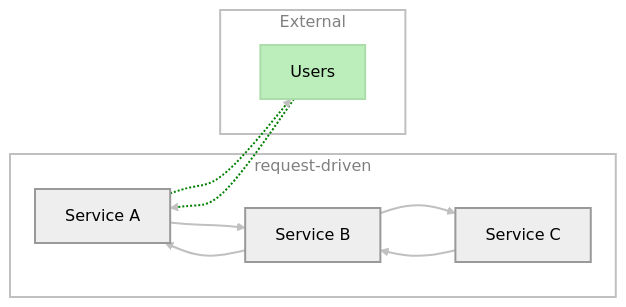
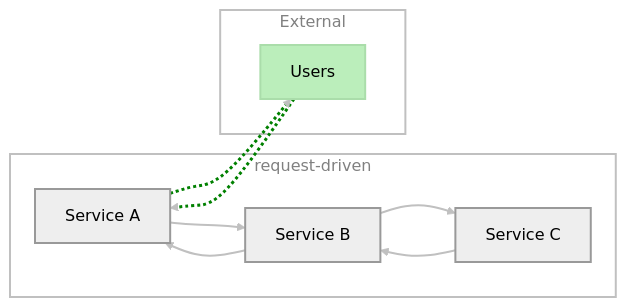
Before and after one commit to sdelrio/golden-forest: the first of 4 diagrams in docs/Software-Architeture/microservices.md, drawn with Mermaid (forest theme). The commit also changed other lines of this file, not shown here.

Commit message:
microservices: fix diagrams titles

````diff
--- a/docs/Software-Architeture/microservices.md
+++ b/docs/Software-Architeture/microservices.md
@@ -27,23 +27,23 @@
 ```mermaid
     graph LR;
         subgraph "request-driven"
             SA[Service A] --> SB[Service B]
             SB --> SA
             SB --> SC[Service C]
             SC --> SB
         end
         subgraph external [External]
             users[Users] -.-> SA
             SA -.-> users
         end
 
-        linkStyle 4 stroke-width:2px,fill:none,stroke:green,head:green
-        linkStyle 5 stroke-width:2px,fill:none,stroke:green,head:green
+        linkStyle 4 stroke:green,stroke-width:3px,stroke-dasharray:3;
+        linkStyle 5 stroke:green,stroke-width:3px,stroke-dasharray:3;
         linkStyle default stroke-width:2px,fill:none,stroke:#c0c0c0
         classDef green fill:#beb,stroke:#ada,stroke-width:2px
         classDef gray fill:#eee,stroke:#999,stroke-width:2px
         classDef section color:#808080,fill:none,stroke:#c0c0c0,stroke-width:2px
         class users green
         class SA,SB,SC gray
         class request-driven,external section
 ```
````
